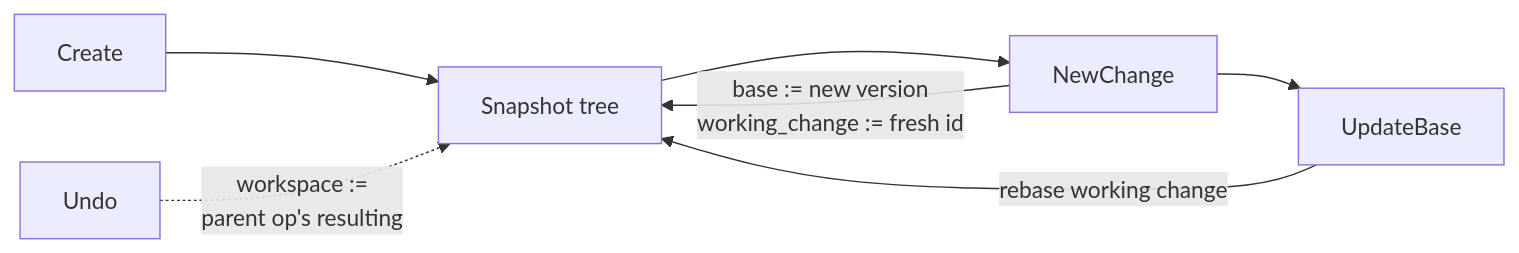
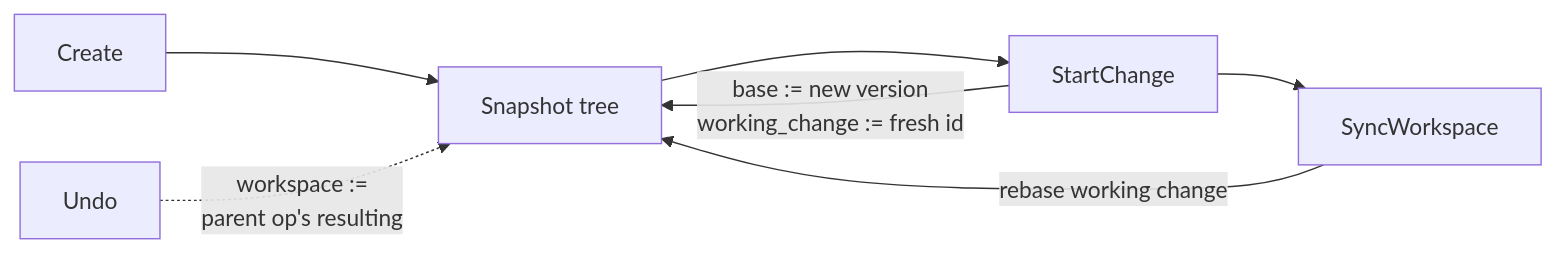
Before and after one commit to envoy1084/rill: the diagram in architecture/04-workflow/workspaces.md, drawn with Mermaid. The commit also changed other lines of this file and 329 other files, not shown here.

````diff
--- a/architecture/04-workflow/workspaces.md
+++ b/architecture/04-workflow/workspaces.md
@@ -12,9 +12,9 @@
 ```mermaid
 flowchart LR
     C[Create] --> S[Snapshot tree]
-    S --> N[NewChange]
+    S --> N[StartChange]
     N -->|base := new version<br/>working_change := fresh id| S
-    N --> U[UpdateBase]
+    N --> U[SyncWorkspace]
     U -->|rebase working change| S
     X[Undo] -.->|workspace :=<br/>parent op's resulting| S
 ```
````
